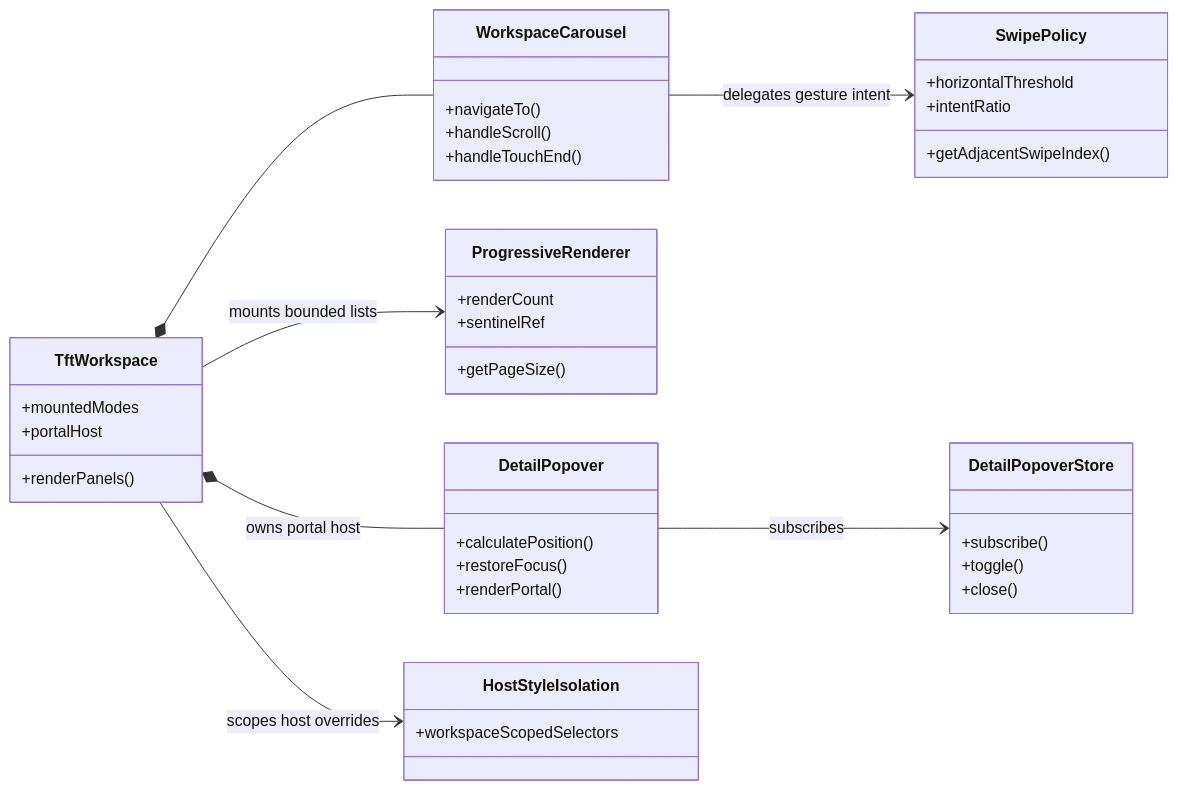
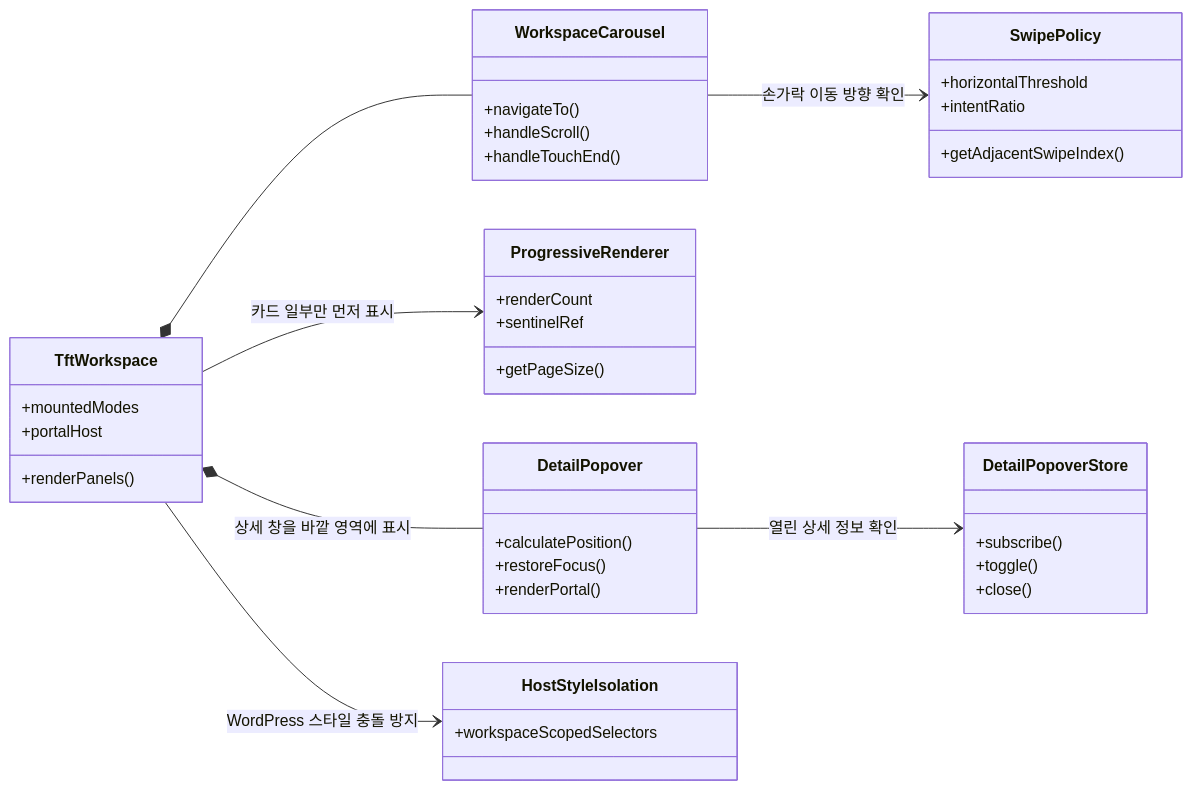
Before and after one commit to kimdol/my-tft-app: the sixth of 6 diagrams in vite-project/src/features/README.md, drawn with Mermaid. The commit also changed other lines of this file, not shown here.

Commit message:
Simplify feature architecture documentation

````diff
--- a/vite-project/src/features/README.md
+++ b/vite-project/src/features/README.md
@@ -296,44 +290,44 @@
 ```mermaid
 classDiagram
     direction LR
     class TftWorkspace {
         +mountedModes
         +portalHost
         +renderPanels()
     }
     class WorkspaceCarousel {
         +navigateTo()
         +handleScroll()
         +handleTouchEnd()
     }
     class SwipePolicy {
         +getAdjacentSwipeIndex()
         +horizontalThreshold
         +intentRatio
     }
     class ProgressiveRenderer {
         +renderCount
         +sentinelRef
         +getPageSize()
     }
     class DetailPopoverStore {
         +subscribe()
         +toggle()
         +close()
     }
     class DetailPopover {
         +calculatePosition()
         +restoreFocus()
         +renderPortal()
     }
     class HostStyleIsolation {
         +workspaceScopedSelectors
     }
 
     TftWorkspace *-- WorkspaceCarousel
-    WorkspaceCarousel --> SwipePolicy : delegates gesture intent
-    TftWorkspace --> ProgressiveRenderer : mounts bounded lists
-    TftWorkspace *-- DetailPopover : owns portal host
-    DetailPopover --> DetailPopoverStore : subscribes
-    TftWorkspace --> HostStyleIsolation : scopes host overrides
+    WorkspaceCarousel --> SwipePolicy : 손가락 이동 방향 확인
+    TftWorkspace --> ProgressiveRenderer : 카드 일부만 먼저 표시
+    TftWorkspace *-- DetailPopover : 상세 창을 바깥 영역에 표시
+    DetailPopover --> DetailPopoverStore : 열린 상세 정보 확인
+    TftWorkspace --> HostStyleIsolation : WordPress 스타일 충돌 방지
 ```
````
